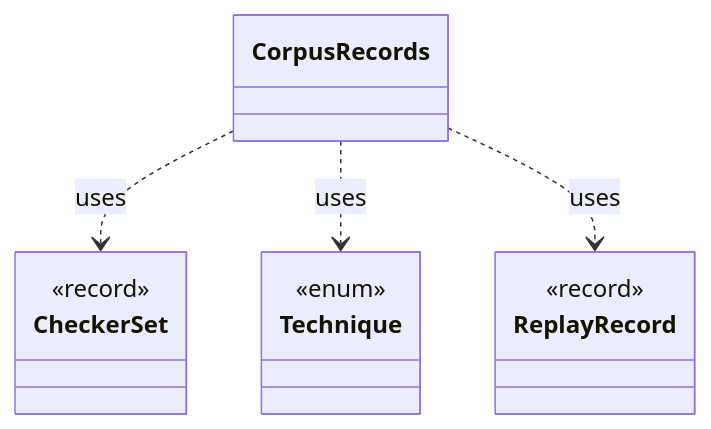
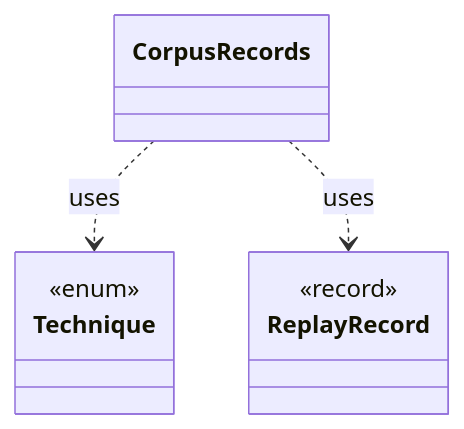
The diagram in dev/types/io.github.tlaplus.hardening.workflow.CorpusRecords.md (tlaplus/model-checker-hardening), drawn with Mermaid before and after one commit. The commit also changed other lines of this file and 411 other files, not shown here.

````diff
--- a/dev/types/io.github.tlaplus.hardening.workflow.CorpusRecords.md
+++ b/dev/types/io.github.tlaplus.hardening.workflow.CorpusRecords.md
@@ -9,16 +9,12 @@
 ```mermaid
 classDiagram
   class CorpusRecords
-  class CheckerSet {
-    <<record>>
-  }
   class Technique {
     <<enum>>
   }
   class ReplayRecord {
     <<record>>
   }
-  CorpusRecords ..> CheckerSet : uses
   CorpusRecords ..> Technique : uses
   CorpusRecords ..> ReplayRecord : uses
 ```
````
